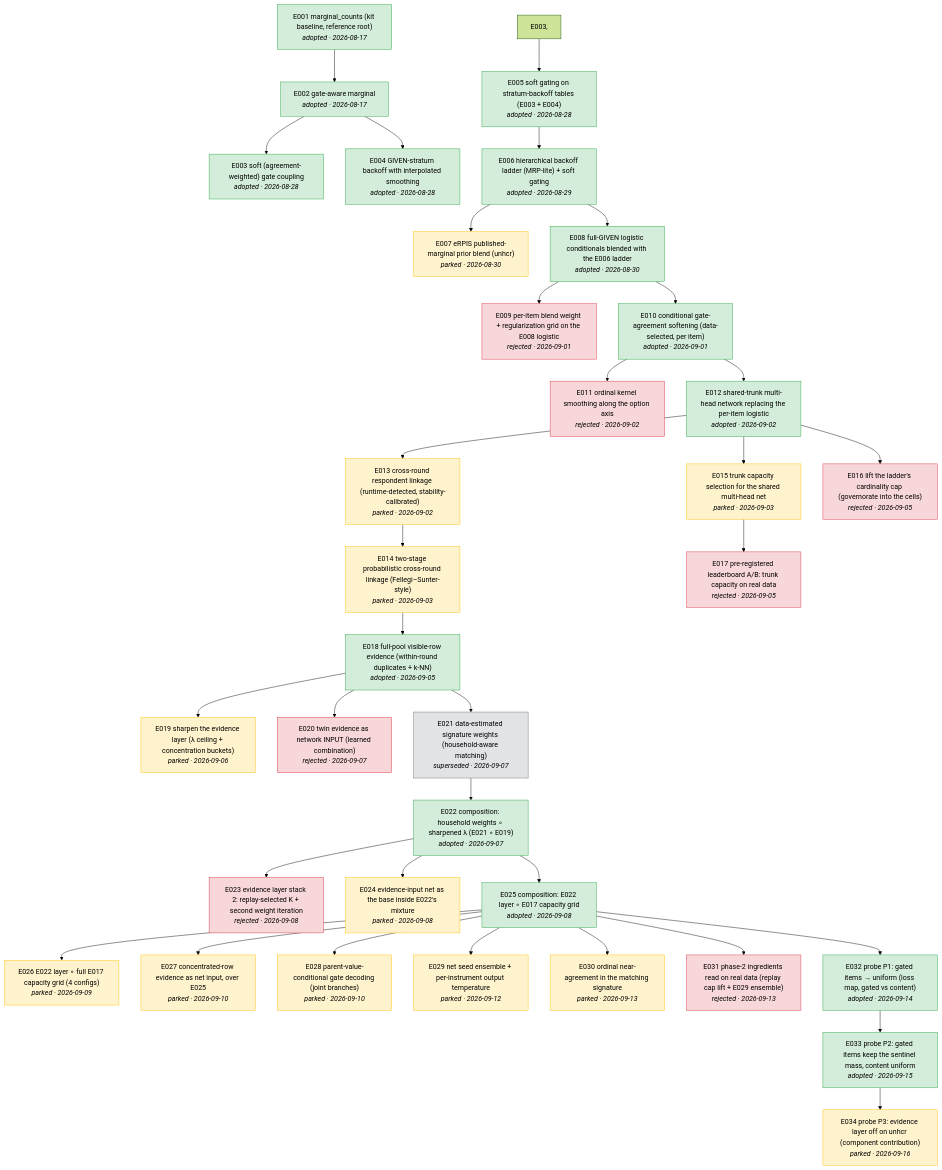
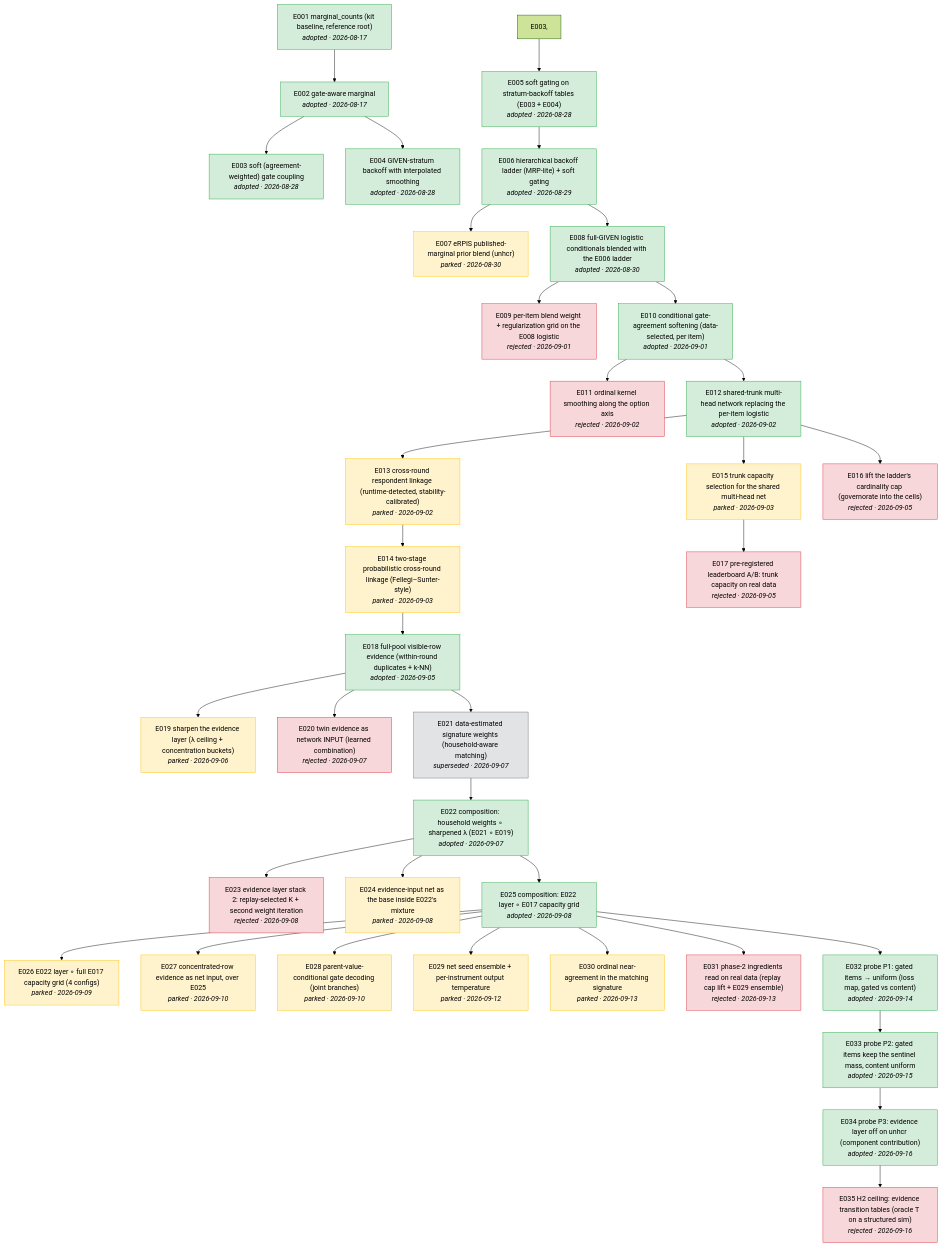
Before and after one commit to joon56/Simulacrabench-NeurIPS-2026-: the diagram in docs/tree.md, drawn with Mermaid (forest theme). The commit also changed 4 other files, not shown here.

Commit message:
E035: evidence transition-table ceiling +0.0032 on a structured sim (oracle T), rejected; local harness closed on every axis

````diff
--- a/docs/tree.md
+++ b/docs/tree.md
@@ -5,78 +5,80 @@
 ```mermaid
 flowchart TD
     E001["E001 marginal_counts (kit baseline, reference root)<br/><i>adopted · 2026-08-17</i>"]
     E002["E002 gate-aware marginal<br/><i>adopted · 2026-08-17</i>"]
     E001 --> E002
     E003["E003 soft (agreement-weighted) gate coupling<br/><i>adopted · 2026-08-28</i>"]
     E002 --> E003
     E004["E004 GIVEN-stratum backoff with interpolated smoothing<br/><i>adopted · 2026-08-28</i>"]
     E002 --> E004
     E005["E005 soft gating on stratum-backoff tables (E003 + E004)<br/><i>adopted · 2026-08-28</i>"]
     E003, --> E005
     E006["E006 hierarchical backoff ladder (MRP-lite) + soft gating<br/><i>adopted · 2026-08-29</i>"]
     E005 --> E006
     E007["E007 eRPIS published-marginal prior blend (unhcr)<br/><i>parked · 2026-08-30</i>"]
     E006 --> E007
     E008["E008 full-GIVEN logistic conditionals blended with the E006 ladder<br/><i>adopted · 2026-08-30</i>"]
     E006 --> E008
     E009["E009 per-item blend weight + regularization grid on the E008 logistic<br/><i>rejected · 2026-09-01</i>"]
     E008 --> E009
     E010["E010 conditional gate-agreement softening (data-selected, per item)<br/><i>adopted · 2026-09-01</i>"]
     E008 --> E010
     E011["E011 ordinal kernel smoothing along the option axis<br/><i>rejected · 2026-09-02</i>"]
     E010 --> E011
     E012["E012 shared-trunk multi-head network replacing the per-item logistic<br/><i>adopted · 2026-09-02</i>"]
     E010 --> E012
     E013["E013 cross-round respondent linkage (runtime-detected, stability-calibrated)<br/><i>parked · 2026-09-02</i>"]
     E012 --> E013
     E014["E014 two-stage probabilistic cross-round linkage (Fellegi–Sunter-style)<br/><i>parked · 2026-09-03</i>"]
     E013 --> E014
     E015["E015 trunk capacity selection for the shared multi-head net<br/><i>parked · 2026-09-03</i>"]
     E012 --> E015
     E016["E016 lift the ladder's cardinality cap (governorate into the cells)<br/><i>rejected · 2026-09-05</i>"]
     E012 --> E016
     E017["E017 pre-registered leaderboard A/B: trunk capacity on real data<br/><i>rejected · 2026-09-05</i>"]
     E015 --> E017
     E018["E018 full-pool visible-row evidence (within-round duplicates + k-NN)<br/><i>adopted · 2026-09-05</i>"]
     E014 --> E018
     E019["E019 sharpen the evidence layer (λ ceiling + concentration buckets)<br/><i>parked · 2026-09-06</i>"]
     E018 --> E019
     E020["E020 twin evidence as network INPUT (learned combination)<br/><i>rejected · 2026-09-07</i>"]
     E018 --> E020
     E021["E021 data-estimated signature weights (household-aware matching)<br/><i>superseded · 2026-09-07</i>"]
     E018 --> E021
     E022["E022 composition: household weights ∘ sharpened λ (E021 ∘ E019)<br/><i>adopted · 2026-09-07</i>"]
     E021 --> E022
     E023["E023 evidence layer stack 2: replay-selected K + second weight iteration<br/><i>rejected · 2026-09-08</i>"]
     E022 --> E023
     E024["E024 evidence-input net as the base inside E022's mixture<br/><i>parked · 2026-09-08</i>"]
     E022 --> E024
     E025["E025 composition: E022 layer ∘ E017 capacity grid<br/><i>adopted · 2026-09-08</i>"]
     E022 --> E025
     E026["E026 E022 layer ∘ full E017 capacity grid (4 configs)<br/><i>parked · 2026-09-09</i>"]
     E025 --> E026
     E027["E027 concentrated-row evidence as net input, over E025<br/><i>parked · 2026-09-10</i>"]
     E025 --> E027
     E028["E028 parent-value-conditional gate decoding (joint branches)<br/><i>parked · 2026-09-10</i>"]
     E025 --> E028
     E029["E029 net seed ensemble + per-instrument output temperature<br/><i>parked · 2026-09-12</i>"]
     E025 --> E029
     E030["E030 ordinal near-agreement in the matching signature<br/><i>parked · 2026-09-13</i>"]
     E025 --> E030
     E031["E031 phase-2 ingredients read on real data (replay cap lift + E029 ensemble)<br/><i>rejected · 2026-09-13</i>"]
     E025 --> E031
     E032["E032 probe P1: gated items → uniform (loss map, gated vs content)<br/><i>adopted · 2026-09-14</i>"]
     E025 --> E032
     E033["E033 probe P2: gated items keep the sentinel mass, content uniform<br/><i>adopted · 2026-09-15</i>"]
     E032 --> E033
-    E034["E034 probe P3: evidence layer off on unhcr (component contribution)<br/><i>parked · 2026-09-16</i>"]
+    E034["E034 probe P3: evidence layer off on unhcr (component contribution)<br/><i>adopted · 2026-09-16</i>"]
     E033 --> E034
+    E035["E035 H2 ceiling: evidence transition tables (oracle T on a structured sim)<br/><i>rejected · 2026-09-16</i>"]
+    E034 --> E035
     classDef adopted fill:#d4edda,stroke:#28a745
-    class E001,E002,E003,E004,E005,E006,E008,E010,E012,E018,E022,E025,E032,E033 adopted
+    class E001,E002,E003,E004,E005,E006,E008,E010,E012,E018,E022,E025,E032,E033,E034 adopted
     classDef rejected fill:#f8d7da,stroke:#dc3545
-    class E009,E011,E016,E017,E020,E023,E031 rejected
+    class E009,E011,E016,E017,E020,E023,E031,E035 rejected
     classDef parked fill:#fff3cd,stroke:#ffc107
-    class E007,E013,E014,E015,E019,E024,E026,E027,E028,E029,E030,E034 parked
+    class E007,E013,E014,E015,E019,E024,E026,E027,E028,E029,E030 parked
     classDef superseded fill:#e2e3e5,stroke:#6c757d
     class E021 superseded
 ```
````
